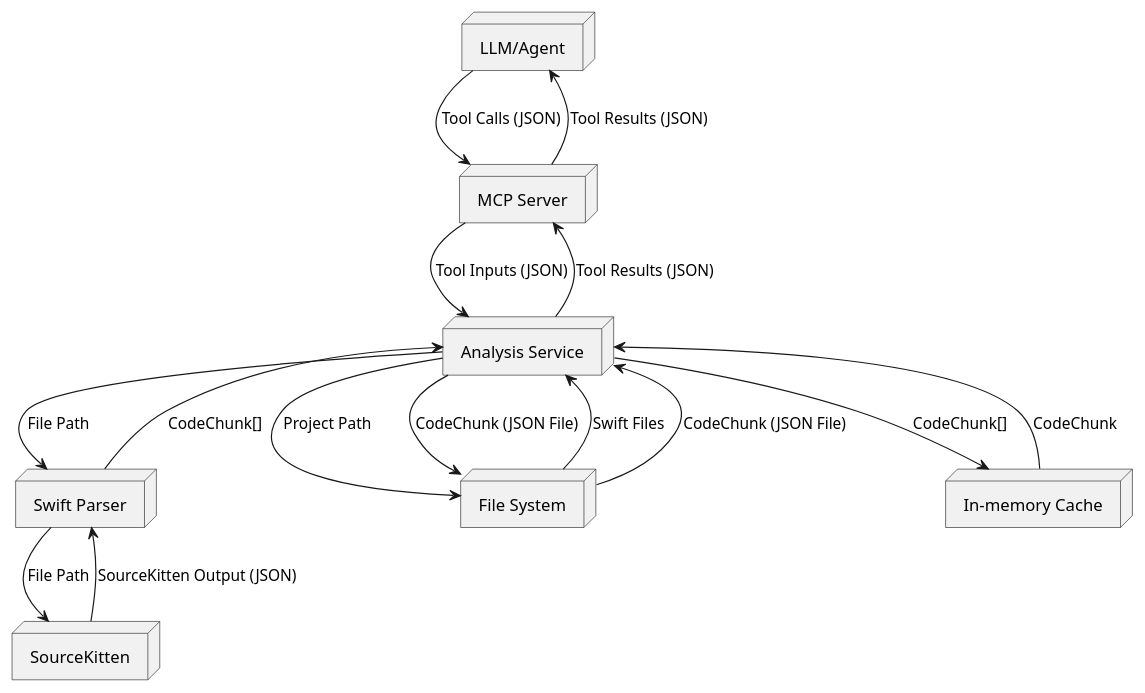
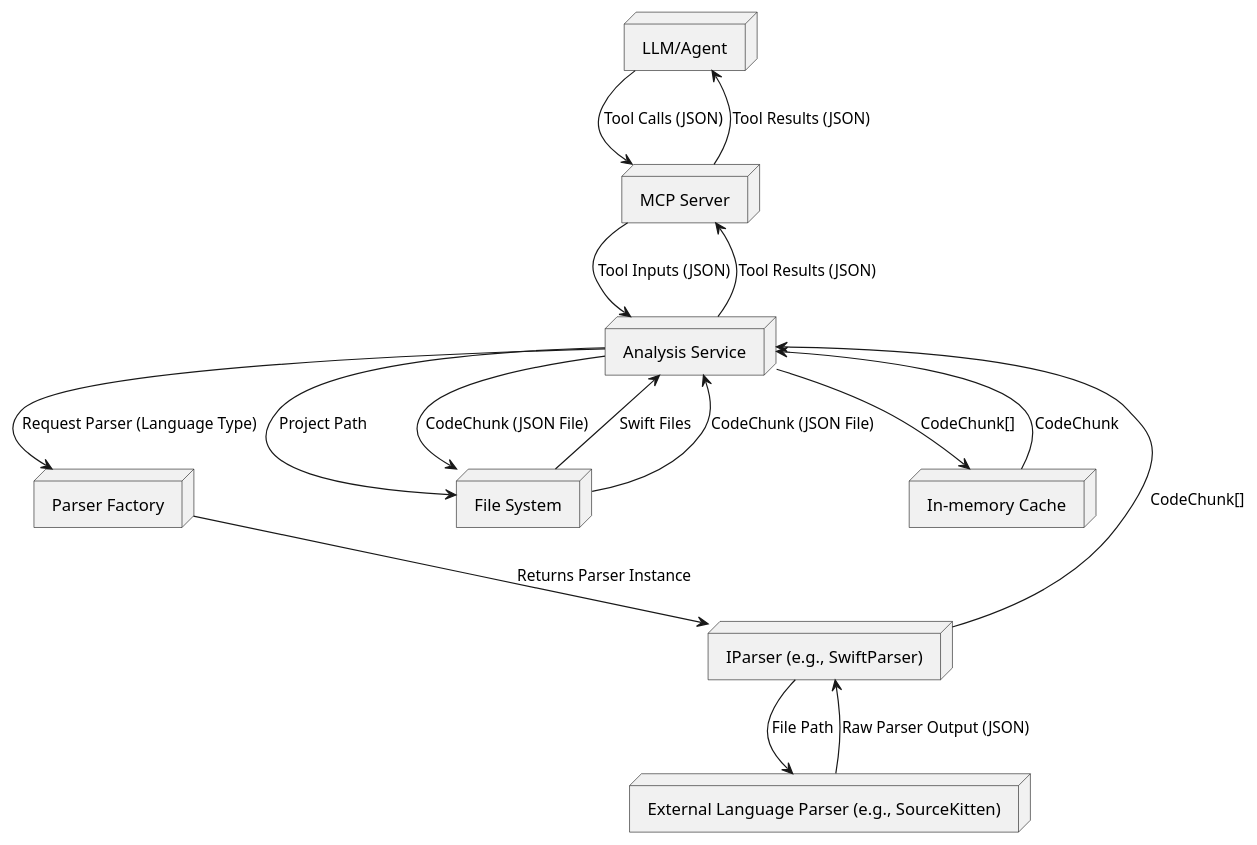
One commit to aoitan/project-analyzer-mcp changed the diagram in doc/diagrams/data_flow_diagram.puml. Above: the diagram before and after it, drawn with PlantUML. The commit also changed 4 other files, not shown here.

```diff
--- a/doc/diagrams/data_flow_diagram.puml
+++ b/doc/diagrams/data_flow_diagram.puml
@@ -1,31 +1,33 @@
 @startuml
 
 node "LLM/Agent" as LLM
 node "MCP Server" as Server
 node "Analysis Service" as AS
-node "Swift Parser" as SP
-node "SourceKitten" as SK
+node "Parser Factory" as PF
+node "IParser (e.g., SwiftParser)" as Parser
+node "External Language Parser (e.g., SourceKitten)" as ELP
 node "File System" as FS
 node "In-memory Cache" as Cache
 
 LLM --> Server : Tool Calls (JSON)
 Server --> AS : Tool Inputs (JSON)
 
 AS --> FS : Project Path
 FS --> AS : Swift Files
 
-AS --> SP : File Path
-SP --> SK : File Path
-SK --> SP : SourceKitten Output (JSON)
-SP --> AS : CodeChunk[]
+AS --> PF : Request Parser (Language Type)
+PF --> Parser : Returns Parser Instance
+Parser --> ELP : File Path
+ELP --> Parser : Raw Parser Output (JSON)
+Parser --> AS : CodeChunk[]
 
 AS --> Cache : CodeChunk[]
 AS --> FS : CodeChunk (JSON File)
 
 FS --> AS : CodeChunk (JSON File)
 Cache --> AS : CodeChunk
 
 AS --> Server : Tool Results (JSON)
 Server --> LLM : Tool Results (JSON)
 
 @enduml
```
